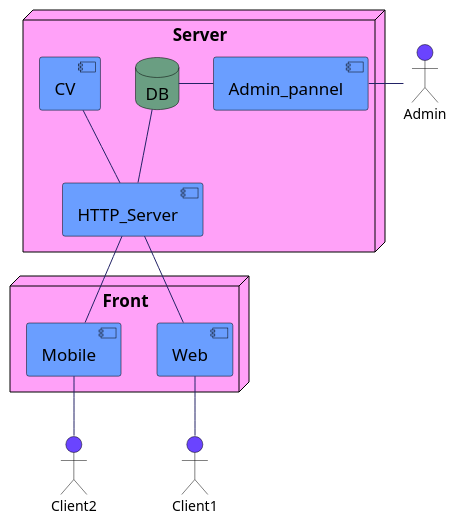
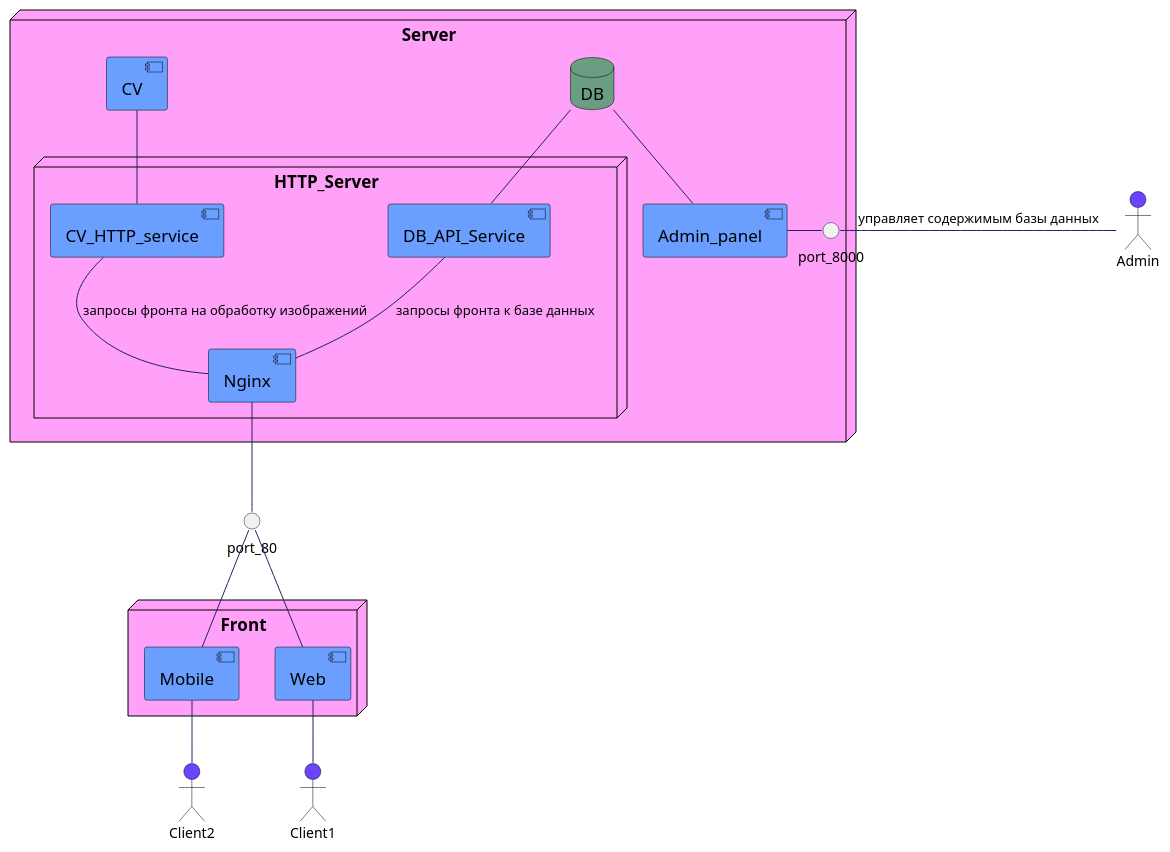
Before and after one commit to TNLinc/TonalCreamAssistant: the diagram in diagrams/architecture.puml, drawn with PlantUML. The commit also changed 33 other files, not shown here.

```diff
--- a/diagrams/architecture.puml
+++ b/diagrams/architecture.puml
@@ -1,63 +1,74 @@
 @startuml
 skinparam component {
     FontColor          black
     AttributeFontColor black
     FontSize           17
     AttributeFontSize  15
     AttributeFontname  Droid Sans Mono
     BackgroundColor    #6A9EFF
     BorderColor        black
     ArrowColor         #222266
 }
 
 skinparam database {
     FontColor          black
     AttributeFontColor black
     FontSize           17
     AttributeFontSize  15
     AttributeFontname  Droid Sans Mono
     BackgroundColor    #6A9E82
     BorderColor        black
     ArrowColor         #222266
 }
 
 skinparam actor {
     BackgroundColor    #6A44ff
     BorderColor        black
     ArrowColor         #222266
 }
 
 skinparam node {
     FontColor          black
     AttributeFontColor black
     FontSize           17
     AttributeFontSize  15
     AttributeFontname  Droid Sans Mono
     BackgroundColor    #FFA1F8
     BorderColor        black
     ArrowColor         #222266
 }
 
 node "Server"{
-    [HTTP_Server] -up- [CV]
+    component CV
     database DB
-    HTTP_Server -up- DB
-    [Admin_pannel] -left- DB
+    component Admin_panel
+    node HTTP_Server {
+        [CV_HTTP_service] -up-[CV]
+        [DB_API_Service] -up- DB
+        [Nginx] -up- CV_HTTP_service : запросы фронта на обработку изображений
+        [Nginx] -up- DB_API_Service : запросы фронта к базе данных
+    }
+    interface port_8000
+    port_8000 -left- Admin_panel
+    [Admin_panel] -up- DB
 }
+
+interface port_80
+port_80 -up-[Nginx]
 
 
 node "Front"{
-    [Web] -up- HTTP_Server
-    [Mobile] -up- HTTP_Server
+    [Web] -up- port_80
+    [Mobile] -up- port_80
 }
 
 actor Client1
 actor Client2
 
 Client1 -up- Web
 Client2 -up- Mobile
 
 actor Admin
 
-Admin -left- Admin_pannel
+Admin -left- port_8000 : управляет содержимым базы данных
 @enduml
```
